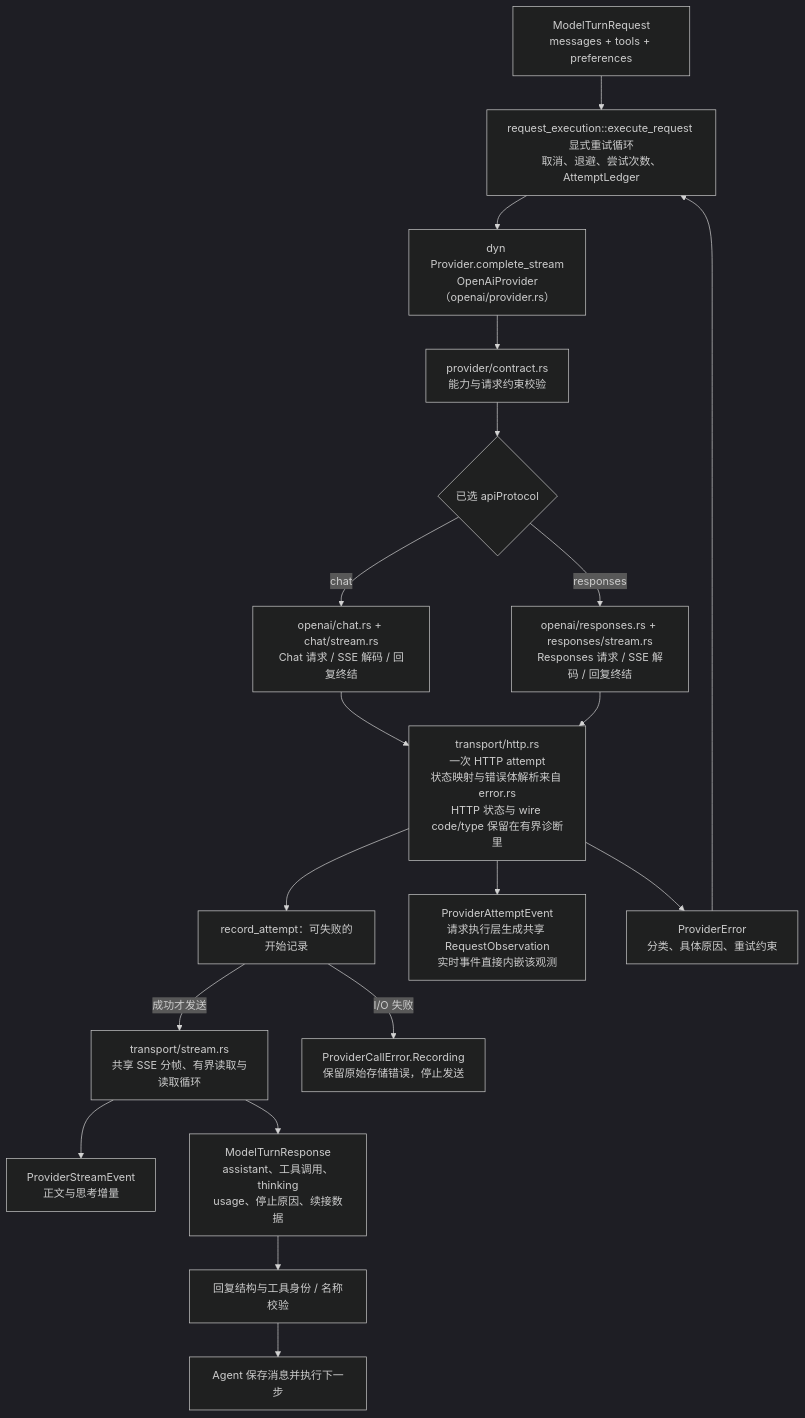
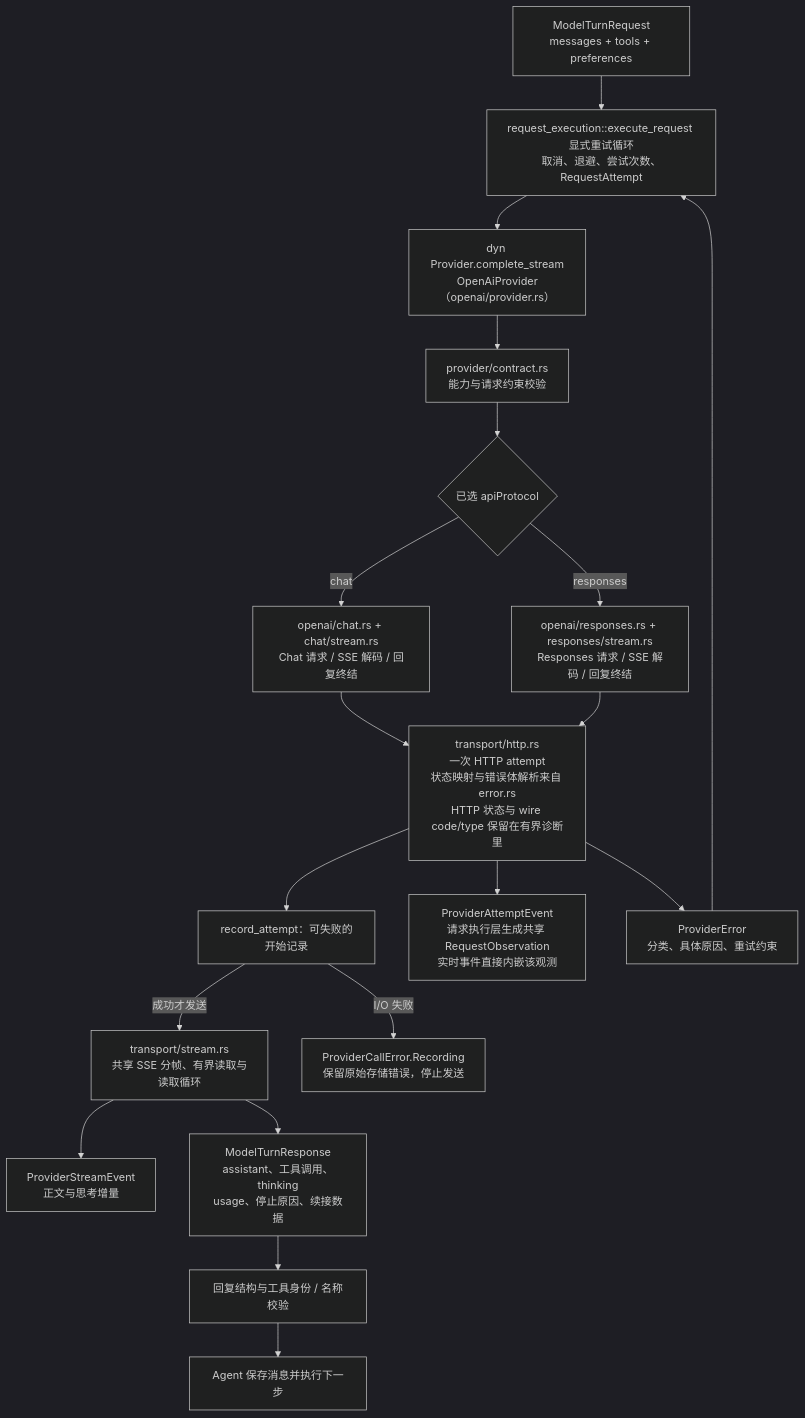
Before and after one commit to qjcnmd/singularity-agent: diagram 19 of 29 in docs/architecture.md, drawn with Mermaid (dark theme). The commit also changed other lines of this file and 49 other files, not shown here.

````diff
--- a/docs/architecture.md
+++ b/docs/architecture.md
@@ -535,21 +535,21 @@
 ```mermaid
 flowchart TB
-    Request["ModelTurnRequest<br/>messages + tools + preferences"] --> Retry["request_execution::execute_request 显式重试循环<br/>取消、退避、尝试次数、AttemptLedger"]
+    Request["ModelTurnRequest<br/>messages + tools + preferences"] --> Retry["request_execution::execute_request 显式重试循环<br/>取消、退避、尝试次数、RequestAttempt"]
     Retry --> Provider["dyn Provider.complete_stream<br/>OpenAiProvider（openai/provider.rs）"]
     Provider --> Validate["provider/contract.rs<br/>能力与请求约束校验"]
     Validate --> Protocol{"已选 apiProtocol"}
     Protocol -->|"chat"| Chat["openai/chat.rs + chat/stream.rs<br/>Chat 请求 / SSE 解码 / 回复终结"]
     Protocol -->|"responses"| Responses["openai/responses.rs + responses/stream.rs<br/>Responses 请求 / SSE 解码 / 回复终结"]
     Chat --> Transport["transport/http.rs<br/>一次 HTTP attempt<br/>状态映射与错误体解析来自 error.rs<br/>HTTP 状态与 wire code/type 保留在有界诊断里"]
     Responses --> Transport
     Transport --> Record["record_attempt：可失败的开始记录"]
     Record -->|"成功才发送"| SSE["transport/stream.rs<br/>共享 SSE 分帧、有界读取与读取循环"]
     SSE --> Deltas["ProviderStreamEvent<br/>正文与思考增量"]
     Record -->|"I/O 失败"| StorageError["ProviderCallError.Recording<br/>保留原始存储错误，停止发送"]
     Transport --> Attempts["ProviderAttemptEvent<br/>请求执行层生成共享 RequestObservation<br/>实时事件直接内嵌该观测"]
     SSE --> Reply["ModelTurnResponse<br/>assistant、工具调用、thinking<br/>usage、停止原因、续接数据"]
     Reply --> Check["回复结构与工具身份 / 名称校验"]
     Check --> Agent["Agent 保存消息并执行下一步"]
     Transport --> Error["ProviderError<br/>分类、具体原因、重试约束"]
     Error --> Retry
 ```
````
